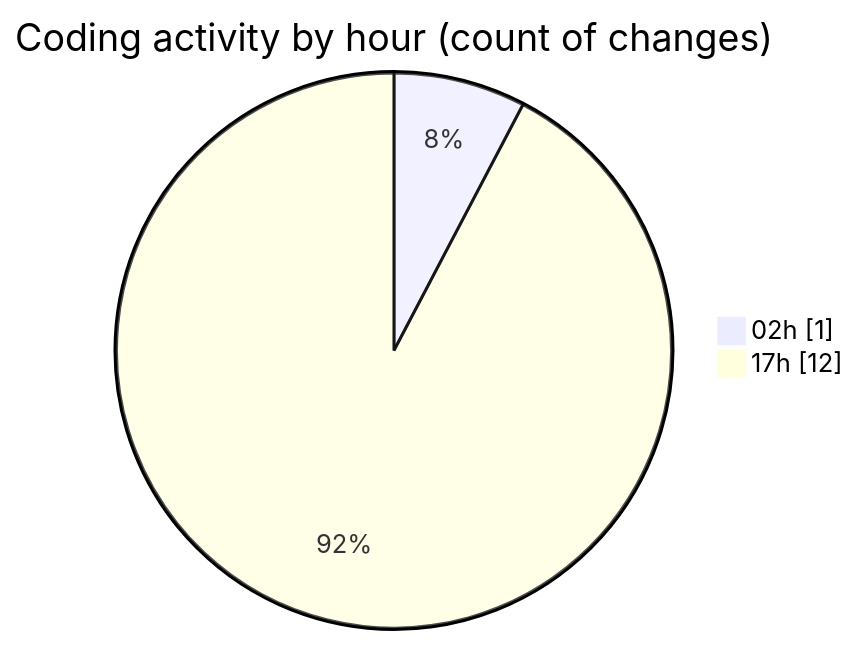
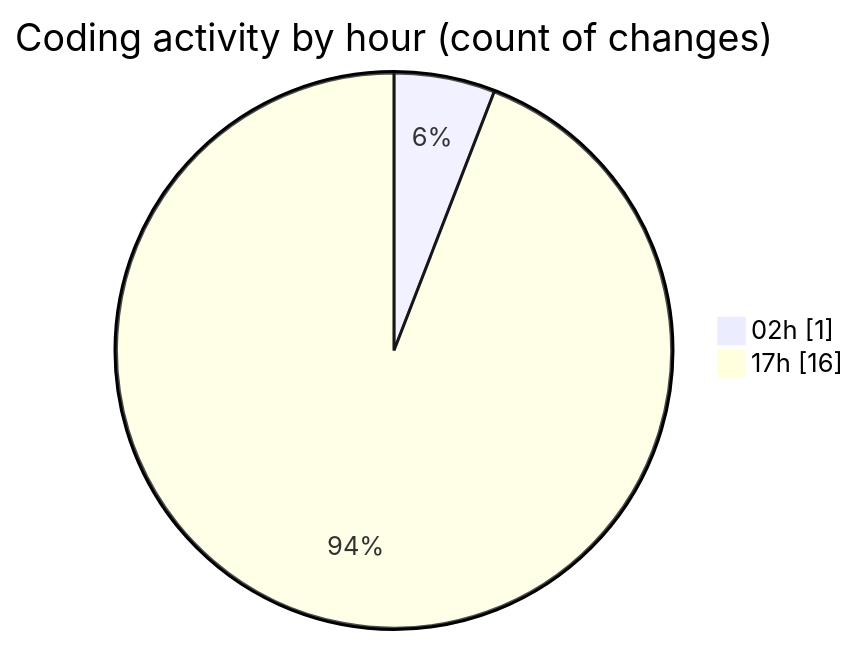
One commit to EIIisD/code-tracking changed the second of 2 diagrams in 2025-07-28/_claude/README.md. Above: the diagram before and after it, drawn with Mermaid. The commit also changed other lines of this file and 1 other file, not shown here.

````diff
--- a/2025-07-28/_claude/README.md
+++ b/2025-07-28/_claude/README.md
@@ -28,6 +28,6 @@
 ```mermaid
 pie showData
 title Coding activity by hour (count of changes)
 "02h" : 1
-"17h" : 12
+"17h" : 16
 ```
````
